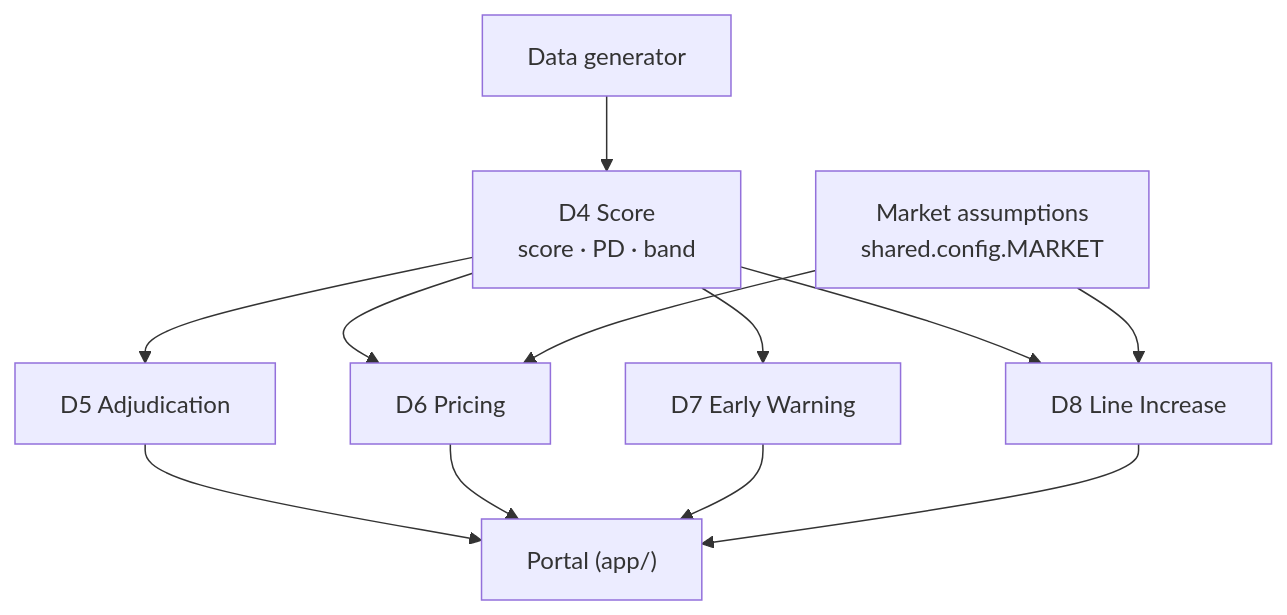
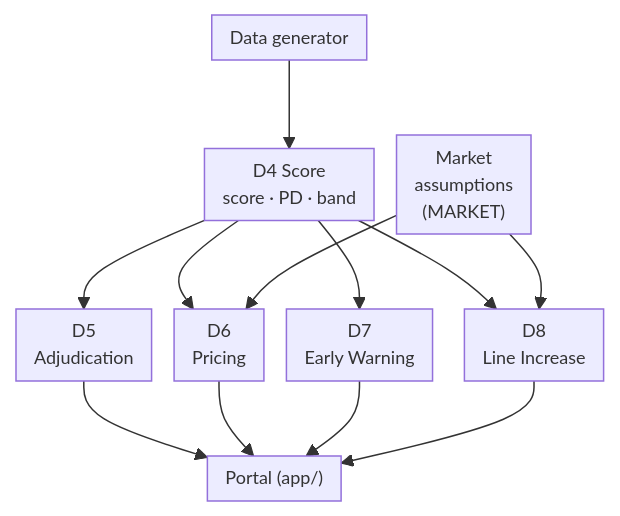
One commit to aayancheng/banking-analytics-workshop changed the diagram in wiki/mdd/d3-dependencies.qmd. Above: the diagram before and after it, drawn with Mermaid. The commit also changed 7 other files, not shown here.

````diff
--- a/wiki/mdd/d3-dependencies.qmd
+++ b/wiki/mdd/d3-dependencies.qmd
@@ -11,14 +11,15 @@
 ```{mermaid}
+%%{init: {"themeVariables": {"fontSize": "12px"}, "flowchart": {"nodeSpacing": 15, "padding": 6}}}%%
 flowchart TD
   G["Data generator"] --> S["D4 Score<br/>score · PD · band"]
-  S --> A["D5 Adjudication"]
-  S --> P["D6 Pricing"]
-  S --> E["D7 Early Warning"]
-  S --> L["D8 Line Increase"]
-  M["Market assumptions<br/>shared.config.MARKET"] --> P
+  S --> A["D5<br/>Adjudication"]
+  S --> P["D6<br/>Pricing"]
+  S --> E["D7<br/>Early Warning"]
+  S --> L["D8<br/>Line Increase"]
+  M["Market<br/>assumptions<br/>(MARKET)"] --> P
   M --> L
   A --> UI["Portal (app/)"]
   P --> UI
   E --> UI
   L --> UI
 ```
````
